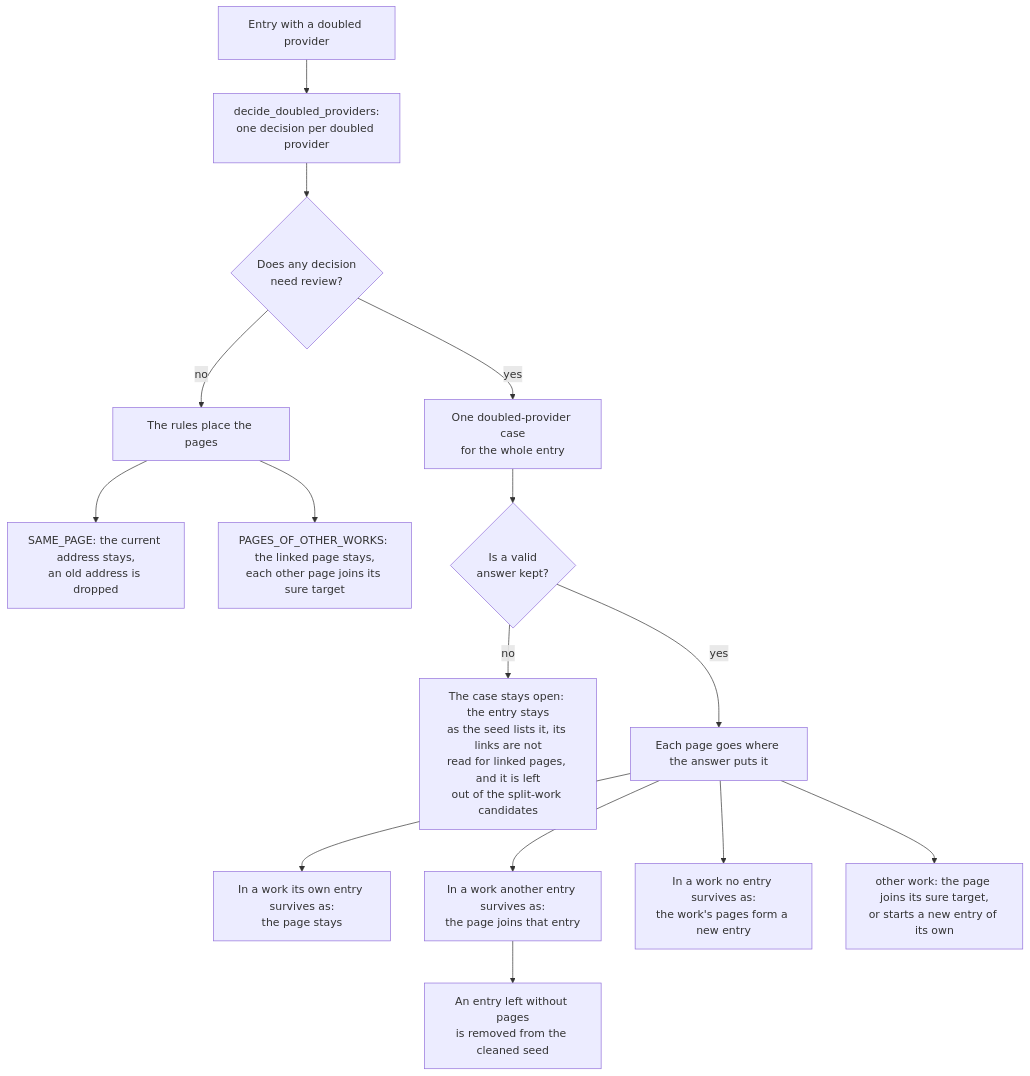
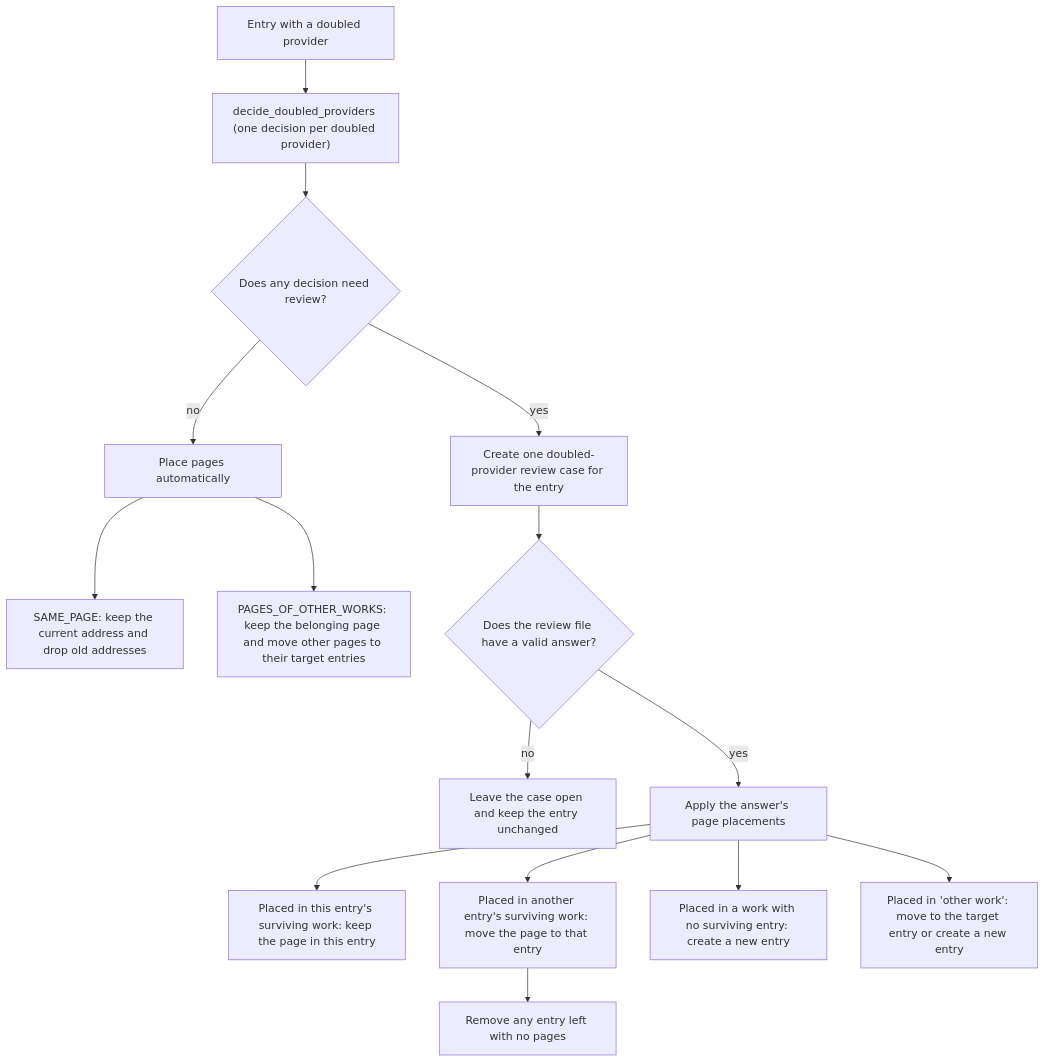
The third of 5 diagrams in libs/work_matching/README.md (adnanaq/echora), drawn with Mermaid before and after one commit. The commit also changed other lines of this file and 185 other files, not shown here.

First line of the commit message:
feat(ECHO-79): Let an "other work" answer name the seed entry the page moves to (#64)

````diff
--- a/libs/work_matching/README.md
+++ b/libs/work_matching/README.md
@@ -351,17 +350,17 @@
 ```mermaid
 flowchart TD
-    entry[Entry with a doubled provider] --> decide[decide_doubled_providers:<br/>one decision per doubled provider]
-    decide --> needs{Does any decision<br/>need review?}
-    needs -- no --> rules[The rules place the pages]
-    rules --> same[SAME_PAGE: the current address stays,<br/>an old address is dropped]
-    rules --> moved[PAGES_OF_OTHER_WORKS: the linked page stays,<br/>each other page joins its sure target]
-    needs -- yes --> entry_case[One doubled-provider case<br/>for the whole entry]
-    entry_case --> answer{Is a valid<br/>answer kept?}
-    answer -- no --> open[The case stays open: the entry stays<br/>as the seed lists it, its links are not<br/>read for linked pages, and it is left<br/>out of the split-work candidates]
-    answer -- yes --> placed[Each page goes where the answer puts it]
-    placed --> stays[In a work its own entry survives as:<br/>the page stays]
-    placed --> joins[In a work another entry survives as:<br/>the page joins that entry]
-    placed --> new_entry[In a work no entry survives as:<br/>the work's pages form a new entry]
-    placed --> other[other work: the page joins its sure target,<br/>or starts a new entry of its own]
-    joins --> removed[An entry left without pages<br/>is removed from the cleaned seed]
+    entry["Entry with a doubled provider"] --> decide["decide_doubled_providers (one decision per doubled provider)"]
+    decide --> needs{"Does any decision need review?"}
+    needs -- "no" --> rules["Place pages automatically"]
+    rules --> same["SAME_PAGE: keep the current address and drop old addresses"]
+    rules --> moved["PAGES_OF_OTHER_WORKS: keep the belonging page and move other pages to their target entries"]
+    needs -- "yes" --> entry_case["Create one doubled-provider review case for the entry"]
+    entry_case --> answer{"Does the review file have a valid answer?"}
+    answer -- "no" --> open["Leave the case open and keep the entry unchanged"]
+    answer -- "yes" --> placed["Apply the answer's page placements"]
+    placed --> stays["Placed in this entry's surviving work: keep the page in this entry"]
+    placed --> joins["Placed in another entry's surviving work: move the page to that entry"]
+    placed --> new_entry["Placed in a work with no surviving entry: create a new entry"]
+    placed --> other["Placed in 'other work': move to the target entry or create a new entry"]
+    joins --> removed["Remove any entry left with no pages"]
 ```
````
